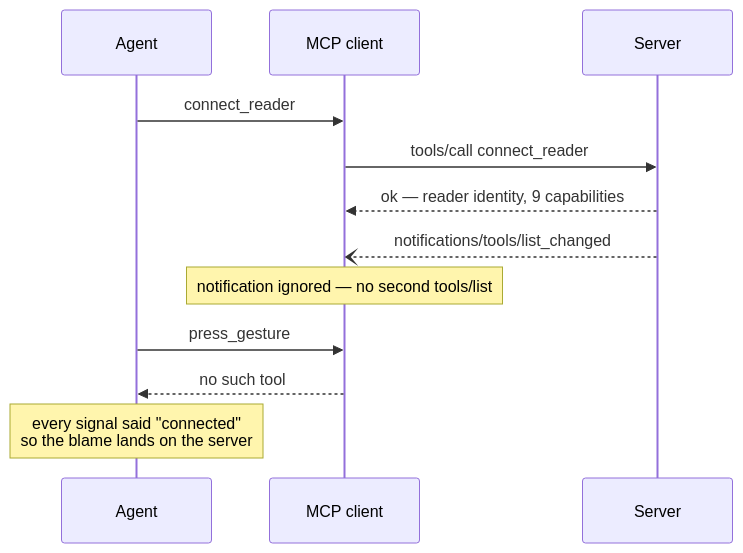
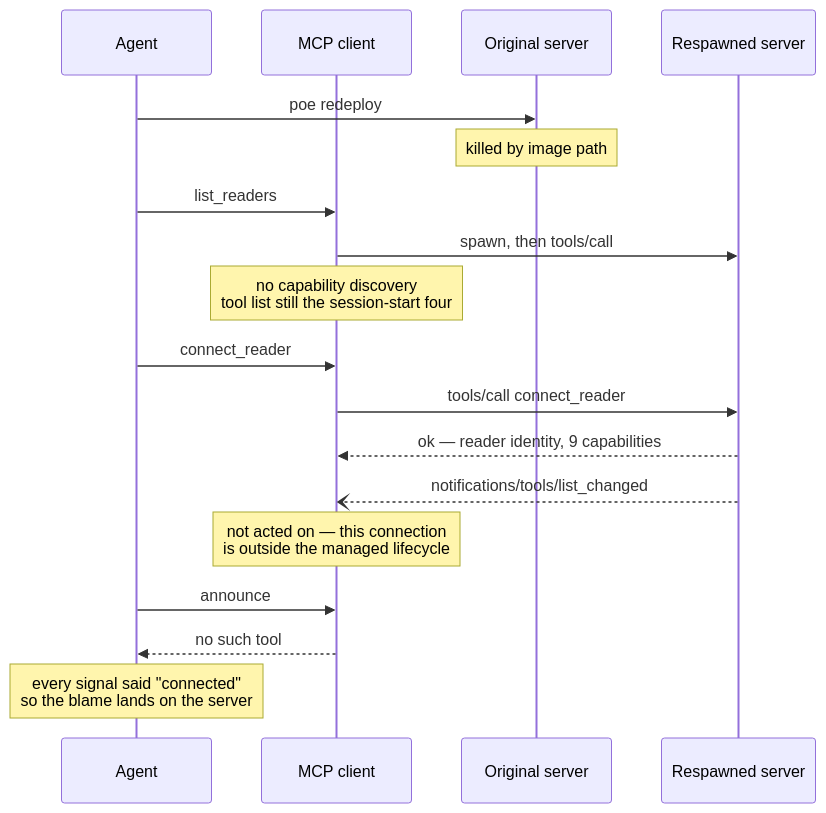
The diagram in specs/0022-tool-discovery-an-agent-can-rely-on.md (marlon-sousa/screen-readers-mcp), drawn with Mermaid before and after one commit. The commit also changed other lines of this file and 3 other files, not shown here.

First line of the commit message:
docs: 0022's premise was wrong — the redeploy severs the tool surface, not the client (#50)

````diff
--- a/specs/0022-tool-discovery-an-agent-can-rely-on.md
+++ b/specs/0022-tool-discovery-an-agent-can-rely-on.md
@@ -27,16 +77,22 @@
 ```mermaid
 sequenceDiagram
-    accTitle: How a client that ignores tools/list_changed ends up connected with nothing to call
-    accDescr: The agent calls connect_reader and the server succeeds, returning the reader identity and a full list of capabilities, then emits a tools/list_changed notification. A client that does not act on that notification never issues a second tools/list request, so its tool set is still the one it fetched before connecting, containing only the discovery and connect tools. When the agent then tries to call a gated tool such as press_gesture, the client reports that no such tool exists. Every signal the agent received said the session was healthy, so the agent concludes the server or the bridge is broken, which is the wrong component.
+    accTitle: How poe redeploy leaves a session connected to a reader with no tools to call
+    accDescr: The agent runs poe redeploy, which kills the MCP server process the client spawned, then rebuilds the binary. The agent calls a discovery tool, and the client silently spawns a fresh server process to serve it, but does not re-run capability discovery, so the tool list it holds is still the one it fetched at session start, containing only the four discovery and connection tools. The agent calls connect_reader and the new server succeeds, returning the reader identity and nine capabilities, then emits a tools list changed notification. The client is no longer acting on that server's notifications, so its tool list never grows. When the agent calls a gated tool such as announce, the client reports that no such tool exists. Every signal the agent received said the session was healthy, so the blame lands on the server or the bridge, which is the wrong component. The user running slash mcp reconnect restores capability discovery and the gated tools appear.
     participant Agent
     participant Client as MCP client
-    participant Server
+    participant Old as Original server
+    participant New as Respawned server
+    Agent->>Old: poe redeploy
+    Note over Old: killed by image path
+    Agent->>Client: list_readers
+    Client->>New: spawn, then tools/call
+    Note over Client: no capability discovery<br/>tool list still the session-start four
     Agent->>Client: connect_reader
-    Client->>Server: tools/call connect_reader
-    Server-->>Client: ok — reader identity, 9 capabilities
-    Server--)Client: notifications/tools/list_changed
-    Note over Client: notification ignored — no second tools/list
-    Agent->>Client: press_gesture
+    Client->>New: tools/call connect_reader
+    New-->>Client: ok — reader identity, 9 capabilities
+    New--)Client: notifications/tools/list_changed
+    Note over Client: not acted on — this connection<br/>is outside the managed lifecycle
+    Agent->>Client: announce
     Client-->>Agent: no such tool
     Note over Agent: every signal said "connected"<br/>so the blame lands on the server
 ```
````
